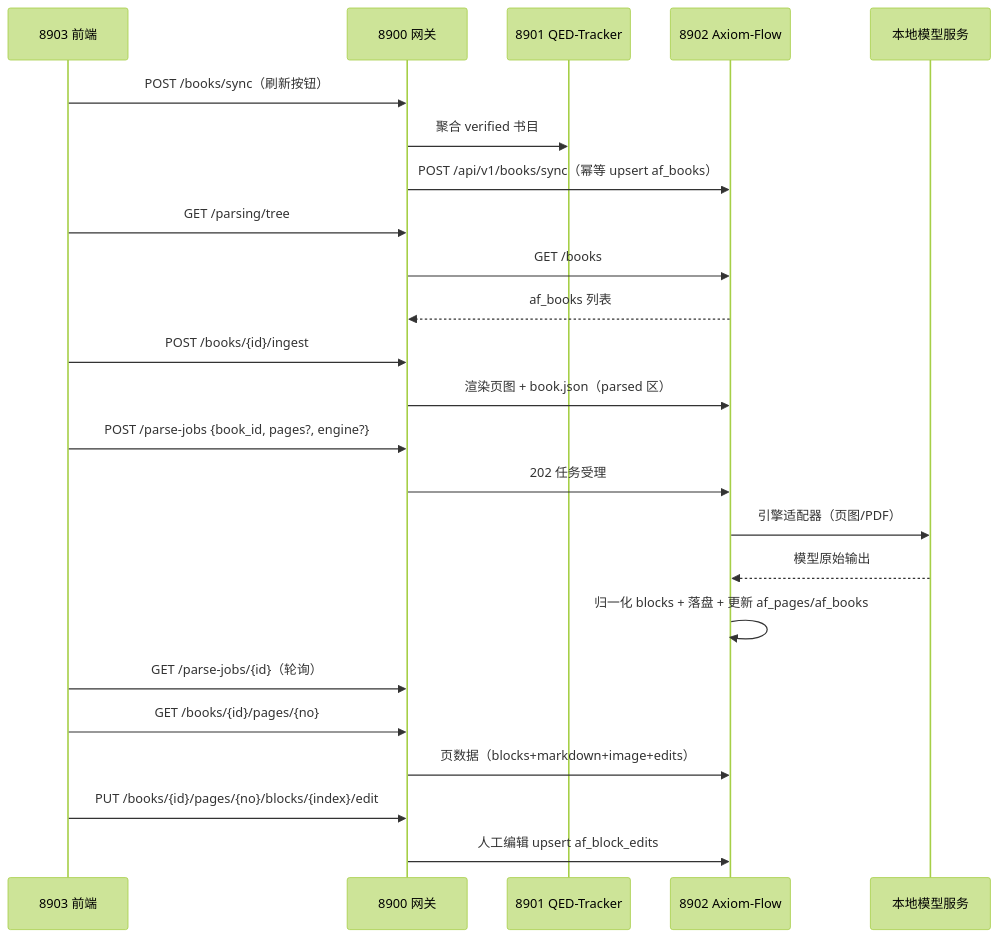
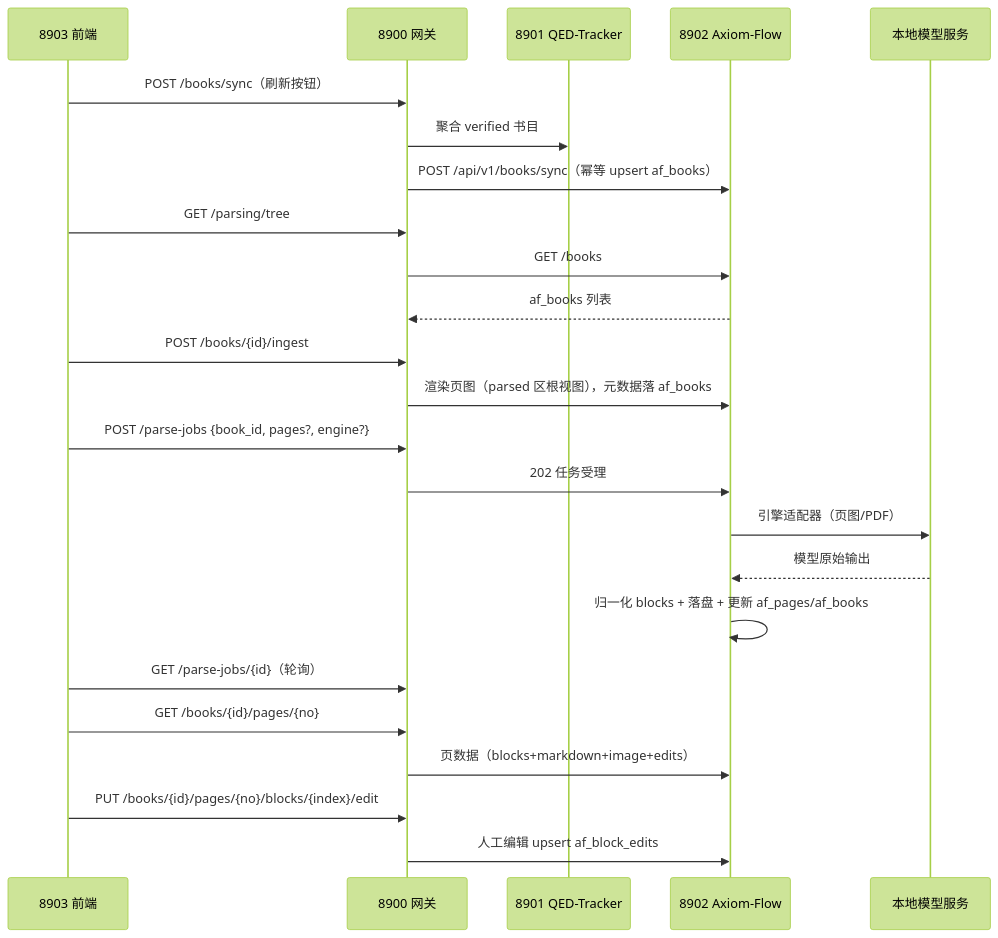
One commit to swfswf1234/QED-Engine changed the diagram in docs/design/parsing-flow.md. Above: the diagram before and after it, drawn with Mermaid (forest theme). The commit also changed other lines of this file and 9 other files, not shown here.

````diff
--- a/docs/design/parsing-flow.md
+++ b/docs/design/parsing-flow.md
@@ -56,26 +56,26 @@
 ```mermaid
 sequenceDiagram
     participant FE as 8903 前端
     participant GW as 8900 网关
     participant TR as 8901 QED-Tracker
     participant AX as 8902 Axiom-Flow
     participant MD as 本地模型服务
     FE->>GW: POST /books/sync（刷新按钮）
     GW->>TR: 聚合 verified 书目
     GW->>AX: POST /api/v1/books/sync（幂等 upsert af_books）
     FE->>GW: GET /parsing/tree
     GW->>AX: GET /books
     AX-->>GW: af_books 列表
     FE->>GW: POST /books/{id}/ingest
-    GW->>AX: 渲染页图 + book.json（parsed 区）
+    GW->>AX: 渲染页图（parsed 区根视图），元数据落 af_books
     FE->>GW: POST /parse-jobs {book_id, pages?, engine?}
     GW->>AX: 202 任务受理
     AX->>MD: 引擎适配器（页图/PDF）
     MD-->>AX: 模型原始输出
     AX->>AX: 归一化 blocks + 落盘 + 更新 af_pages/af_books
     FE->>GW: GET /parse-jobs/{id}（轮询）
     FE->>GW: GET /books/{id}/pages/{no}
     GW->>AX: 页数据（blocks+markdown+image+edits）
     FE->>GW: PUT /books/{id}/pages/{no}/blocks/{index}/edit
     GW->>AX: 人工编辑 upsert af_block_edits
 ```
````
